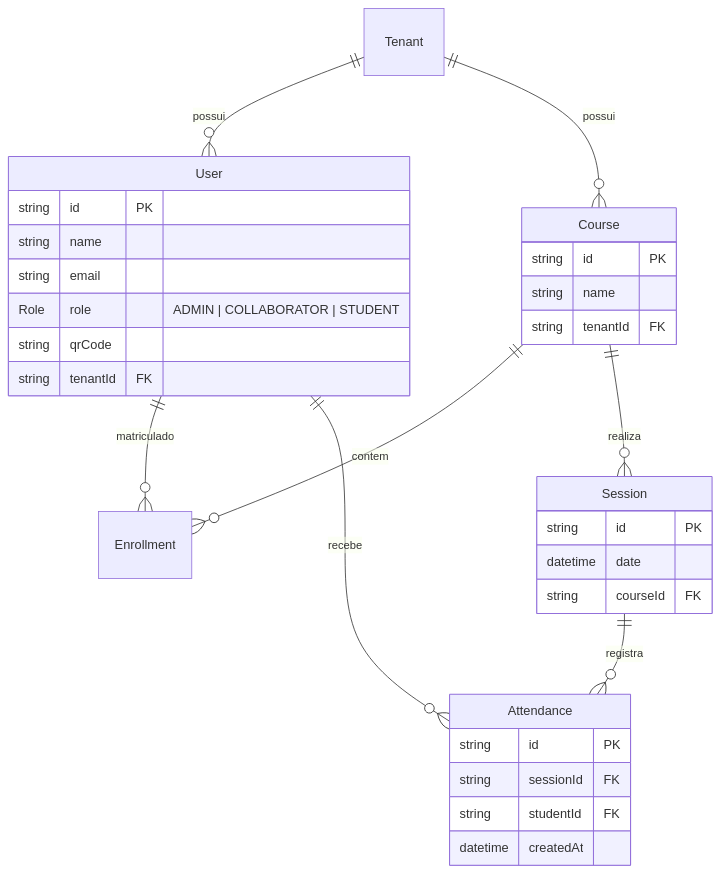
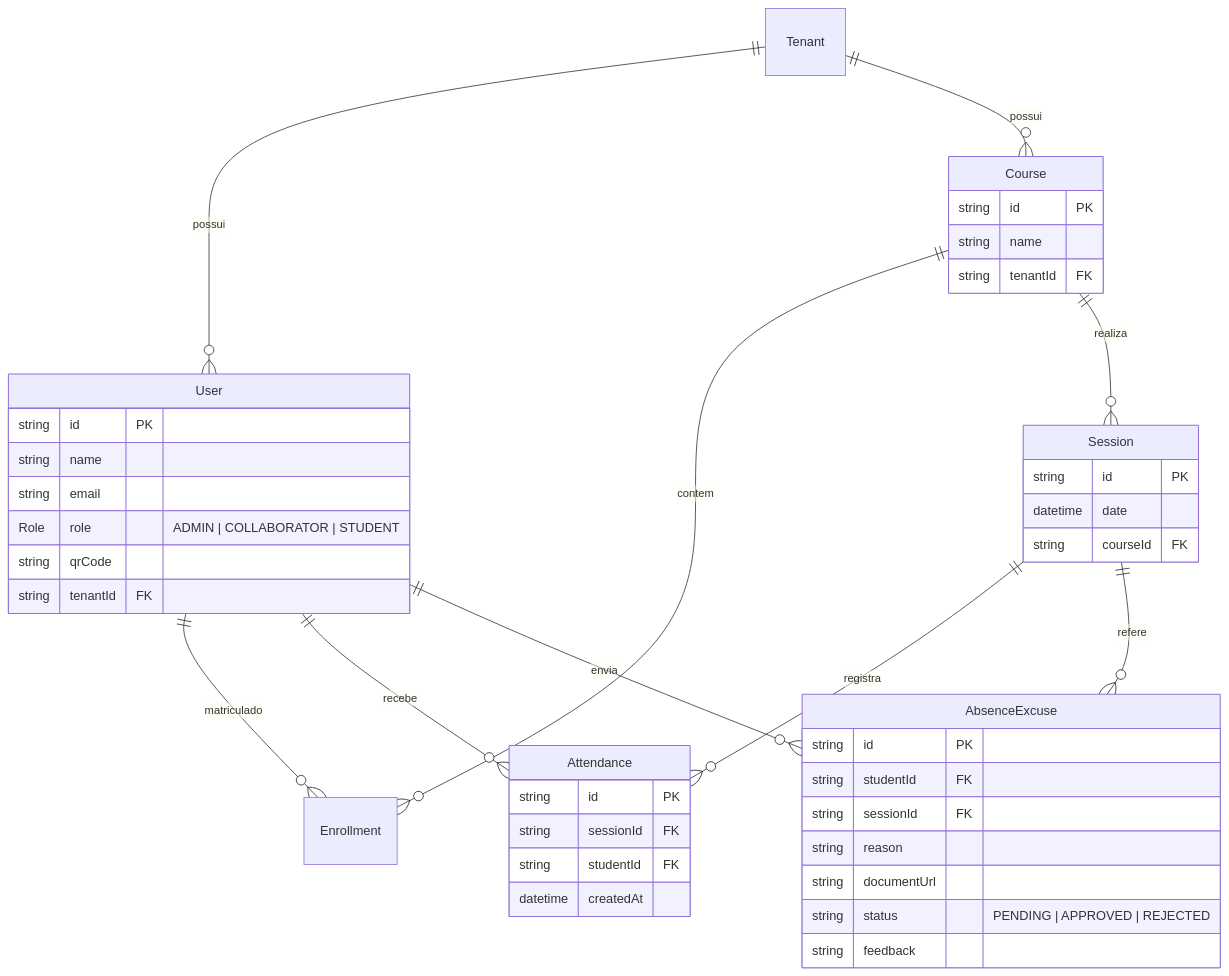
Before and after one commit to matheusvsr8/app-presenca: the diagram in README.md, drawn with Mermaid. The commit also changed other lines of this file and 15 other files, not shown here.

````diff
--- a/README.md
+++ b/README.md
@@ -105,38 +104,50 @@
 ```mermaid
 erDiagram
     Tenant ||--o{ User : possui
     Tenant ||--o{ Course : possui
     User ||--o{ Enrollment : matriculado
     Course ||--o{ Enrollment : contem
     Course ||--o{ Session : realiza
     Session ||--o{ Attendance : registra
     User ||--o{ Attendance : recebe
+    User ||--o{ AbsenceExcuse : envia
+    Session ||--o{ AbsenceExcuse : refere
 
     User {
         string id PK
         string name
         string email
         Role role "ADMIN | COLLABORATOR | STUDENT"
         string qrCode
         string tenantId FK
     }
 
     Course {
         string id PK
         string name
         string tenantId FK
     }
 
     Session {
         string id PK
         datetime date
         string courseId FK
     }
 
     Attendance {
         string id PK
         string sessionId FK
         string studentId FK
         datetime createdAt
     }
+
+    AbsenceExcuse {
+        string id PK
+        string studentId FK
+        string sessionId FK
+        string reason
+        string documentUrl
+        string status "PENDING | APPROVED | REJECTED"
+        string feedback
+    }
 ```
````
